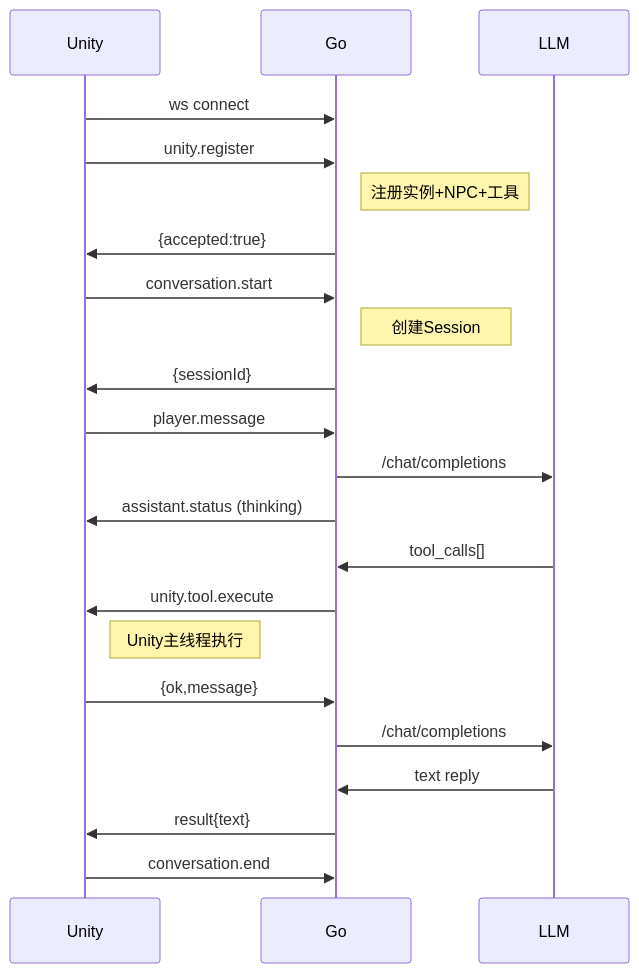
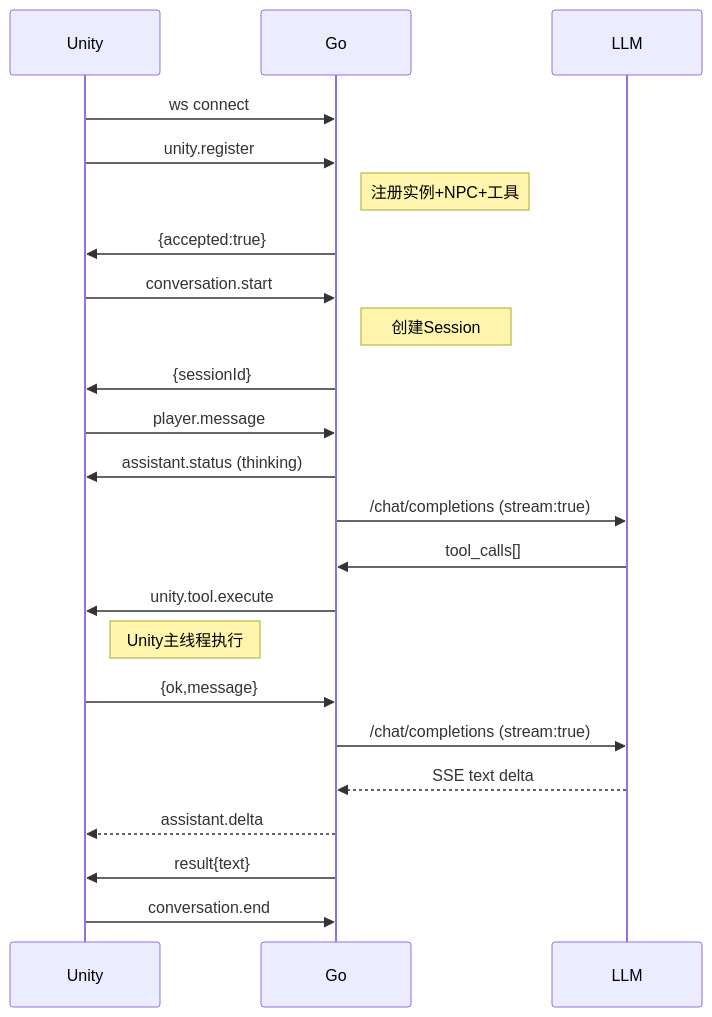
Before and after one commit to ytzuo/GameWithLLM: the diagram in ARCHITECTURE.md, drawn with Mermaid. The commit also changed other lines of this file and 14 other files, not shown here.

````diff
--- a/ARCHITECTURE.md
+++ b/ARCHITECTURE.md
@@ -254,25 +257,26 @@
 ```mermaid
 sequenceDiagram
     participant Unity
     participant Go
     participant LLM
 
     Unity->>Go: ws connect
     Unity->>Go: unity.register
     Note right of Go: 注册实例+NPC+工具
     Go->>Unity: {accepted:true}
     Unity->>Go: conversation.start
     Note right of Go: 创建Session
     Go->>Unity: {sessionId}
     Unity->>Go: player.message
-    Go->>LLM: /chat/completions
     Go->>Unity: assistant.status (thinking)
+    Go->>LLM: /chat/completions (stream:true)
     LLM->>Go: tool_calls[]
     Go->>Unity: unity.tool.execute
     Note right of Unity: Unity主线程执行
     Unity->>Go: {ok,message}
-    Go->>LLM: /chat/completions
-    LLM->>Go: text reply
+    Go->>LLM: /chat/completions (stream:true)
+    LLM-->>Go: SSE text delta
+    Go-->>Unity: assistant.delta
     Go->>Unity: result{text}
     Unity->>Go: conversation.end
 ```
````
